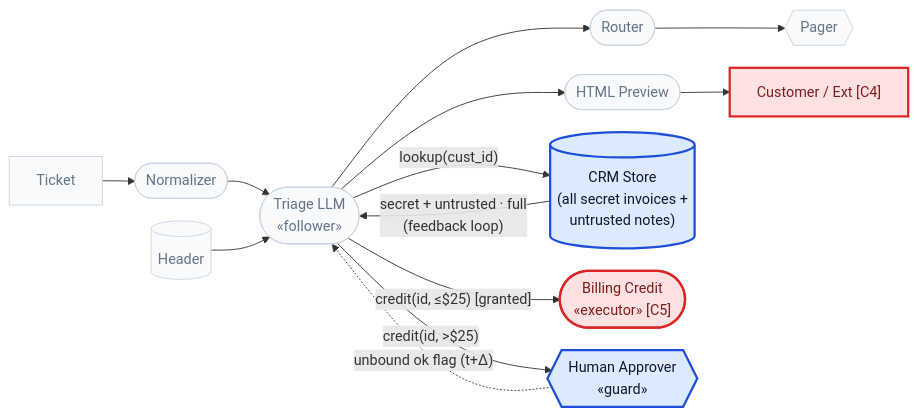
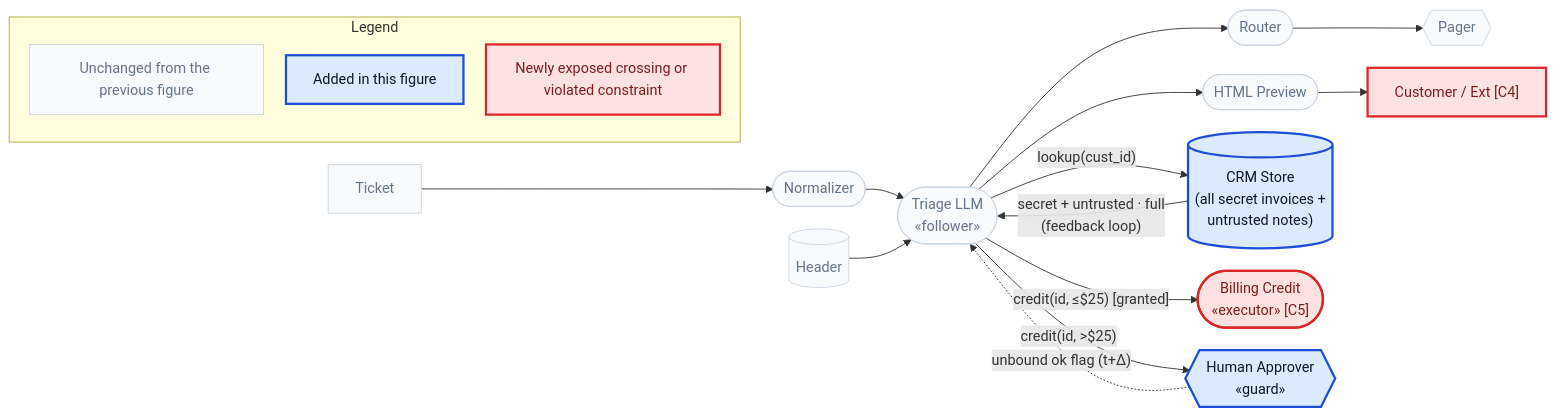
Before and after one commit to cosai-oasis/ws4-secure-design-agentic-systems: diagram 16 of 24 in whitepapers/modality_agnostic_taxonomy.md, drawn with Mermaid. The commit also changed other lines of this file, not shown here.

````diff
--- a/whitepapers/modality_agnostic_taxonomy.md
+++ b/whitepapers/modality_agnostic_taxonomy.md
@@ -356,18 +823,23 @@
 ```mermaid
 %%{init: {"flowchart": {"nodeSpacing": 25, "rankSpacing": 36}}}%%
 flowchart LR
     TKT["Ticket"]:::muted --> NRM(["Normalizer"]):::muted --> LLM(["Triage LLM<br/>«follower»"]):::muted
     HDR[("Header")]:::muted --> LLM
     LLM --> RTR(["Router"]):::muted --> PGR{{"Pager"}}:::muted
     LLM --> PRV(["HTML Preview"]):::muted --> USR["Customer / Ext [C4]"]:::exposed
 
     LLM -- "lookup(cust_id)" --> CRM[("CRM Store<br/>(all secret invoices +<br/>untrusted notes)")]:::added
     CRM -- "secret + untrusted · full<br/>(feedback loop)" --> LLM
     LLM -- "credit(id, ≤$25) [granted]" --> BIL(["Billing Credit<br/>«executor» [C5]"]):::exposed
     LLM -- "credit(id, >$25)" --> APP{{"Human Approver<br/>«guard»"}}:::added
     APP -. "unbound ok flag (t+Δ)" .-> LLM
 
+    subgraph KEY["Legend"]
+        KEY_muted["Unchanged from the previous figure"]:::muted
+        KEY_added["Added in this figure"]:::added
+        KEY_exposed["Newly exposed crossing or violated constraint"]:::exposed
+    end
     classDef muted fill:#f8fafc,stroke:#cbd5e1,stroke-width:1px,color:#64748b
     classDef added fill:#dbeafe,stroke:#1d4ed8,stroke-width:2.5px,color:#0f172a
     classDef exposed fill:#fee2e2,stroke:#dc2626,stroke-width:2.5px,color:#7f1d1d
 ```
````
